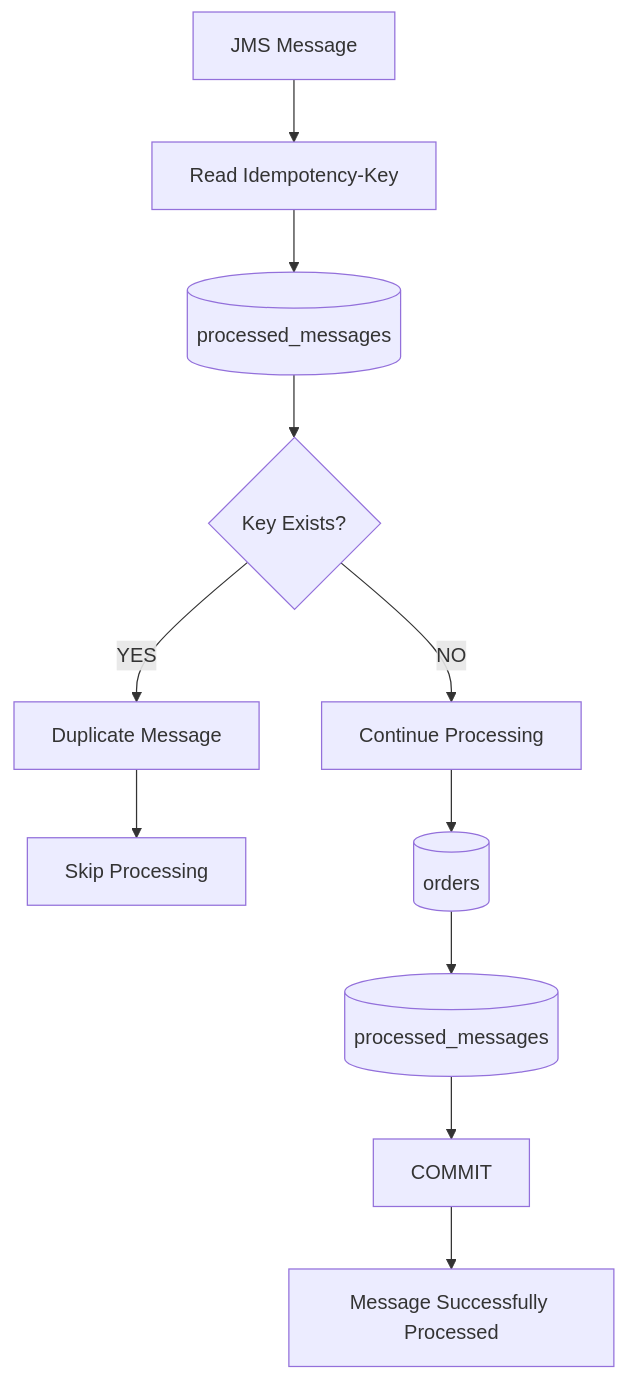
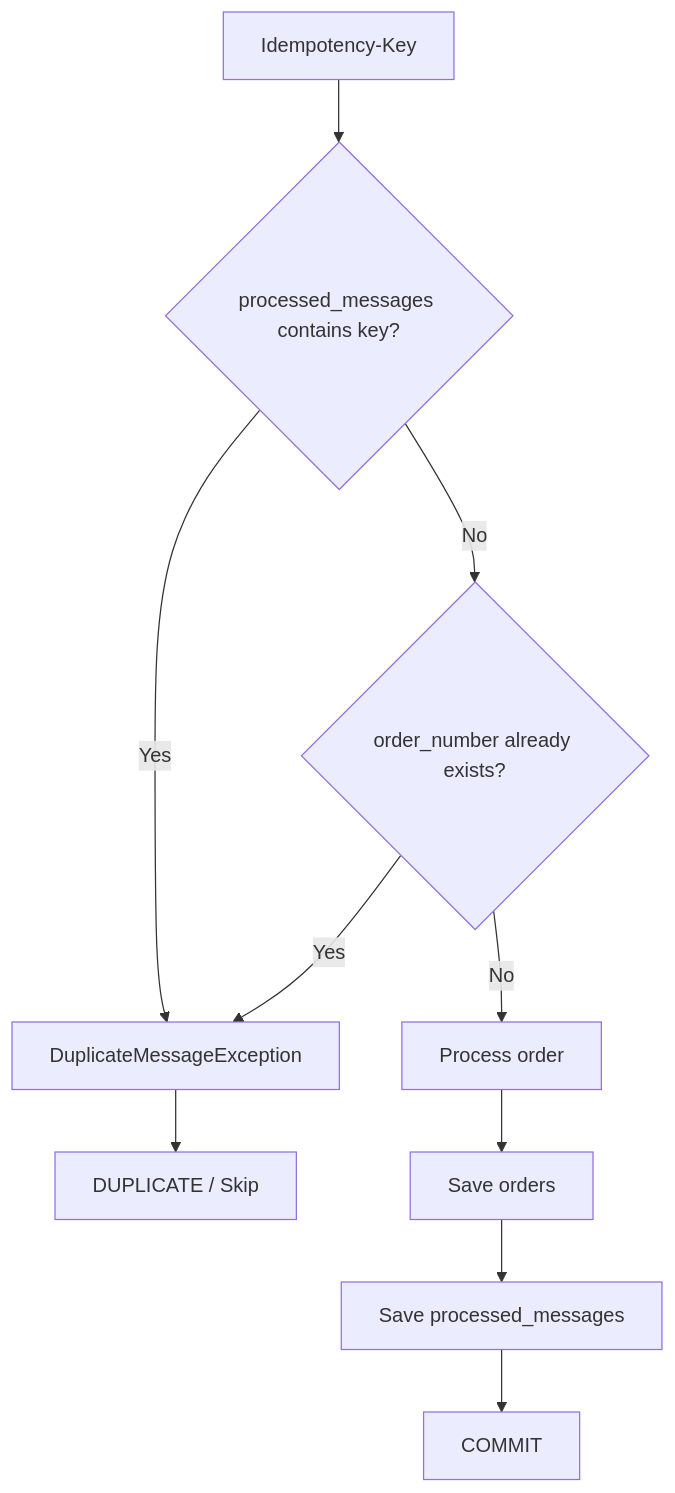
Before and after one commit to kaushleshtripathi/spring-boot-camel-artemis-xml-dsl-postgresql: the fourth of 9 diagrams in README.md, drawn with Mermaid. The commit also changed other lines of this file and 1 other file, not shown here.

````diff
--- a/README.md
+++ b/README.md
@@ -615,22 +300,12 @@
 ```mermaid
 flowchart TD
-
-    A[JMS Message] --> B[Read Idempotency-Key]
-
-    B --> C[(processed_messages)]
-
-    C --> D{Key Exists?}
-
-    D -->|YES| E[Duplicate Message]
-    E --> F[Skip Processing]
-
-    D -->|NO| G[Continue Processing]
-
-    G --> H[(orders)]
-
-    H --> I[(processed_messages)]
-
-    I --> J[COMMIT]
-
-    J --> K[Message Successfully Processed]
+    A["Idempotency-Key"] --> B{"processed_messages contains key?"}
+    B -->|Yes| C["DuplicateMessageException"]
+    C --> D["DUPLICATE / Skip"]
+    B -->|No| E{"order_number already exists?"}
+    E -->|Yes| C
+    E -->|No| F["Process order"]
+    F --> G["Save orders"]
+    G --> H["Save processed_messages"]
+    H --> I["COMMIT"]
 ```
````
